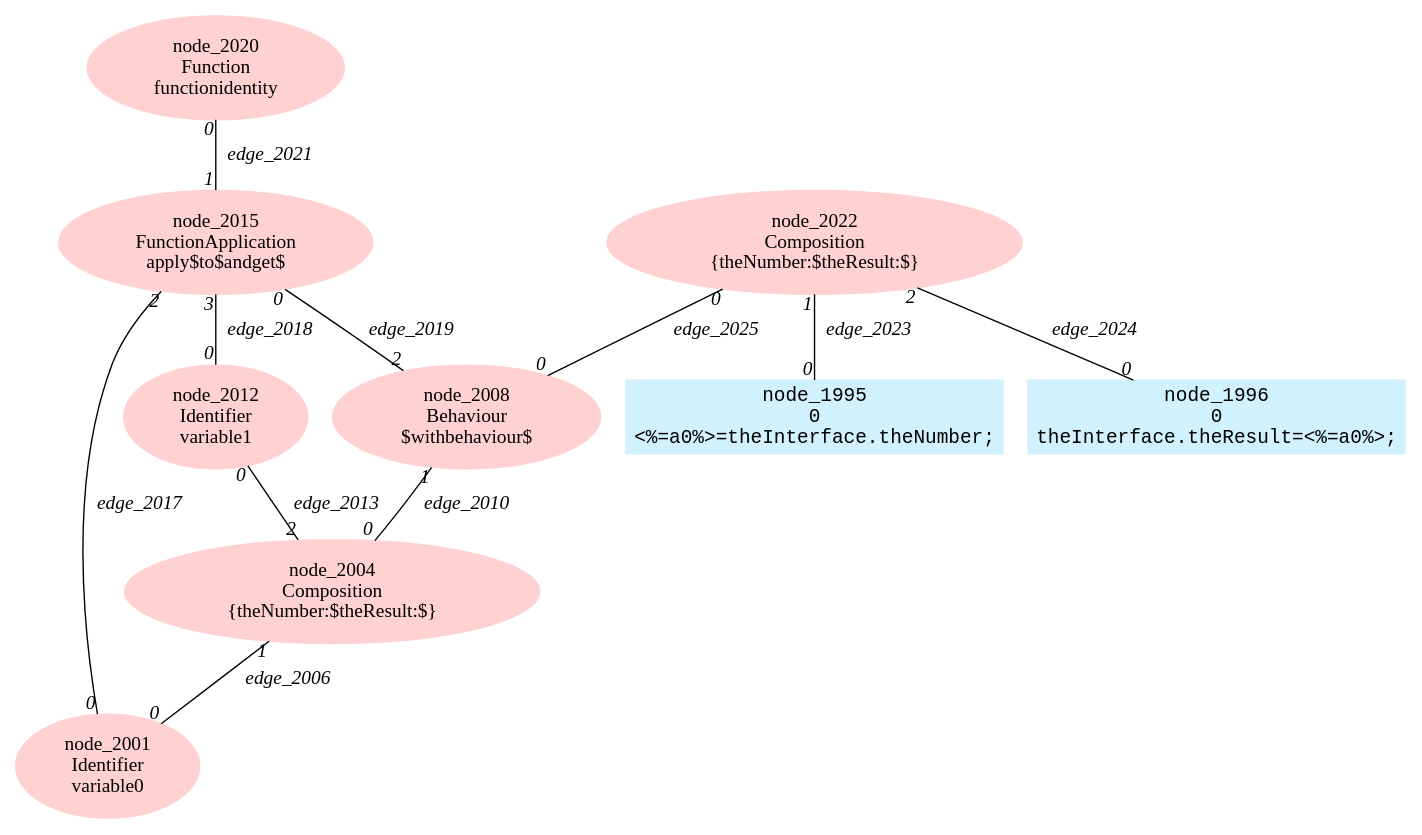
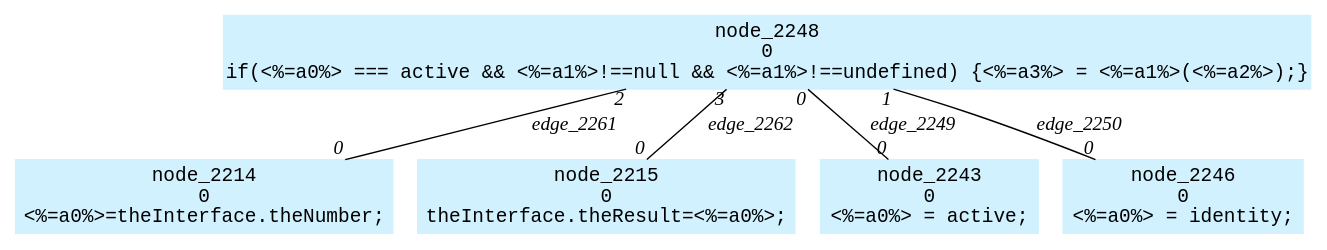
The diagram in lidl-core/example/xtest/fakeAffectation/graph1.dot (crubier/lidl), drawn with Graphviz before and after one commit. The commit also changed 136 other files, not shown here.

```diff
--- a/lidl-core/example/xtest/fakeAffectation/graph1.dot
+++ b/lidl-core/example/xtest/fakeAffectation/graph1.dot
@@ -1,40 +1,25 @@
-digraph g{node_2001 [shape=ellipse, style=filled, color="#ffd1d1", label="node_2001
-Identifier
-variable0" ]
-node_2004 [shape=ellipse, style=filled, color="#ffd1d1", label="node_2004
-Composition
-{theNumber:$theResult:$}" ]
-node_2008 [shape=ellipse, style=filled, color="#ffd1d1", label="node_2008
-Behaviour
-$withbehaviour$" ]
-node_2012 [shape=ellipse, style=filled, color="#ffd1d1", label="node_2012
-Identifier
-variable1" ]
-node_2015 [shape=ellipse, style=filled, color="#ffd1d1", label="node_2015
-FunctionApplication
-apply$to$andget$" ]
-node_2020 [shape=ellipse, style=filled, color="#ffd1d1", label="node_2020
-Function
-functionidentity" ]
-node_2022 [shape=ellipse, style=filled, color="#ffd1d1", label="node_2022
-Composition
-{theNumber:$theResult:$}" ]
-node_1995 [shape=box, style=filled, color="#d1f1ff", fontname="Courier", label="node_1995
+digraph g{node_2214 [shape=box, style=filled, color="#d1f1ff", fontname="Courier", label="node_2214
 0
 <%=a0%>=theInterface.theNumber;
 " ]
-node_1996 [shape=box, style=filled, color="#d1f1ff", fontname="Courier", label="node_1996
+node_2215 [shape=box, style=filled, color="#d1f1ff", fontname="Courier", label="node_2215
 0
 theInterface.theResult=<%=a0%>;
 " ]
-node_2004 -> node_2001 [dir=none, arrowHead=none, fontname="Times-Italic", label="edge_2006",  headlabel="0", taillabel="1" ]
-node_2008 -> node_2004 [dir=none, arrowHead=none, fontname="Times-Italic", label="edge_2010",  headlabel="0", taillabel="1" ]
-node_2012 -> node_2004 [dir=none, arrowHead=none, fontname="Times-Italic", label="edge_2013",  headlabel="2", taillabel="0" ]
-node_2015 -> node_2001 [dir=none, arrowHead=none, fontname="Times-Italic", label="edge_2017",  headlabel="0", taillabel="2" ]
-node_2015 -> node_2012 [dir=none, arrowHead=none, fontname="Times-Italic", label="edge_2018",  headlabel="0", taillabel="3" ]
-node_2015 -> node_2008 [dir=none, arrowHead=none, fontname="Times-Italic", label="edge_2019",  headlabel="2", taillabel="0" ]
-node_2020 -> node_2015 [dir=none, arrowHead=none, fontname="Times-Italic", label="edge_2021",  headlabel="1", taillabel="0" ]
-node_2022 -> node_1995 [dir=none, arrowHead=none, fontname="Times-Italic", label="edge_2023",  headlabel="0", taillabel="1" ]
-node_2022 -> node_1996 [dir=none, arrowHead=none, fontname="Times-Italic", label="edge_2024",  headlabel="0", taillabel="2" ]
-node_2022 -> node_2008 [dir=none, arrowHead=none, fontname="Times-Italic", label="edge_2025",  headlabel="0", taillabel="0" ]
+node_2243 [shape=box, style=filled, color="#d1f1ff", fontname="Courier", label="node_2243
+0
+<%=a0%> = active;
+" ]
+node_2246 [shape=box, style=filled, color="#d1f1ff", fontname="Courier", label="node_2246
+0
+<%=a0%> = identity;
+" ]
+node_2248 [shape=box, style=filled, color="#d1f1ff", fontname="Courier", label="node_2248
+0
+if(<%=a0%> === active && <%=a1%>!==null && <%=a1%>!==undefined) {<%=a3%> = <%=a1%>(<%=a2%>);}
+" ]
+node_2248 -> node_2243 [dir=none, arrowHead=none, fontname="Times-Italic", label="edge_2249",  headlabel="0", taillabel="0" ]
+node_2248 -> node_2246 [dir=none, arrowHead=none, fontname="Times-Italic", label="edge_2250",  headlabel="0", taillabel="1" ]
+node_2248 -> node_2214 [dir=none, arrowHead=none, fontname="Times-Italic", label="edge_2261",  headlabel="0", taillabel="2" ]
+node_2248 -> node_2215 [dir=none, arrowHead=none, fontname="Times-Italic", label="edge_2262",  headlabel="0", taillabel="3" ]
 }
```
